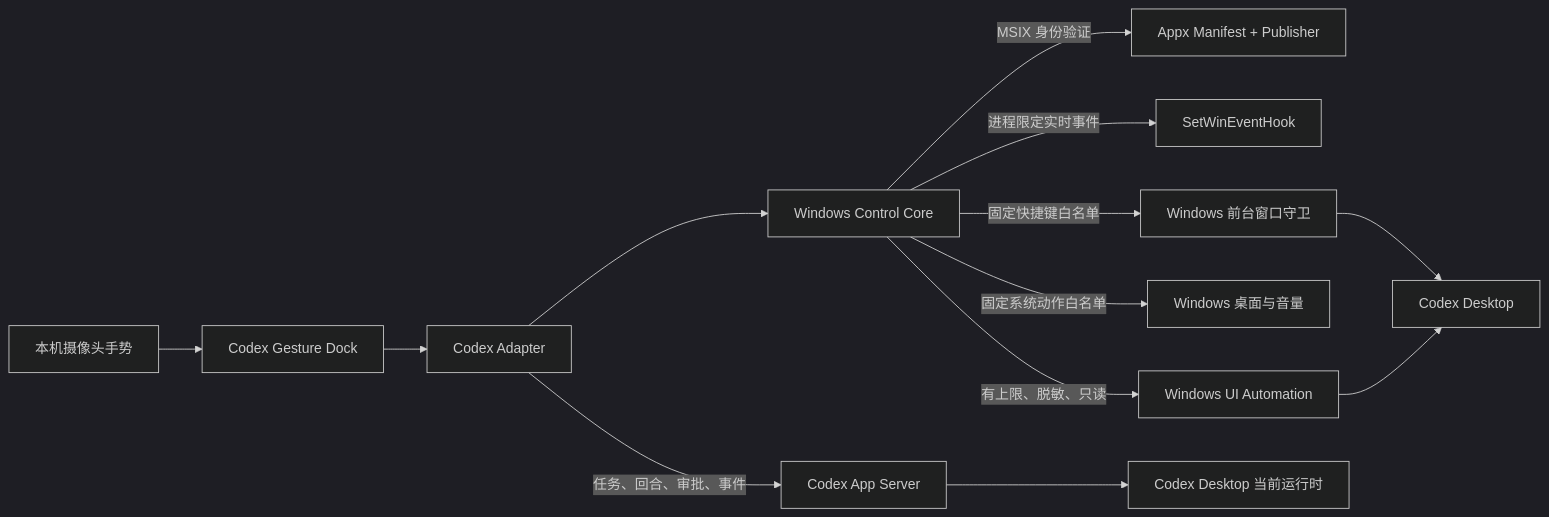
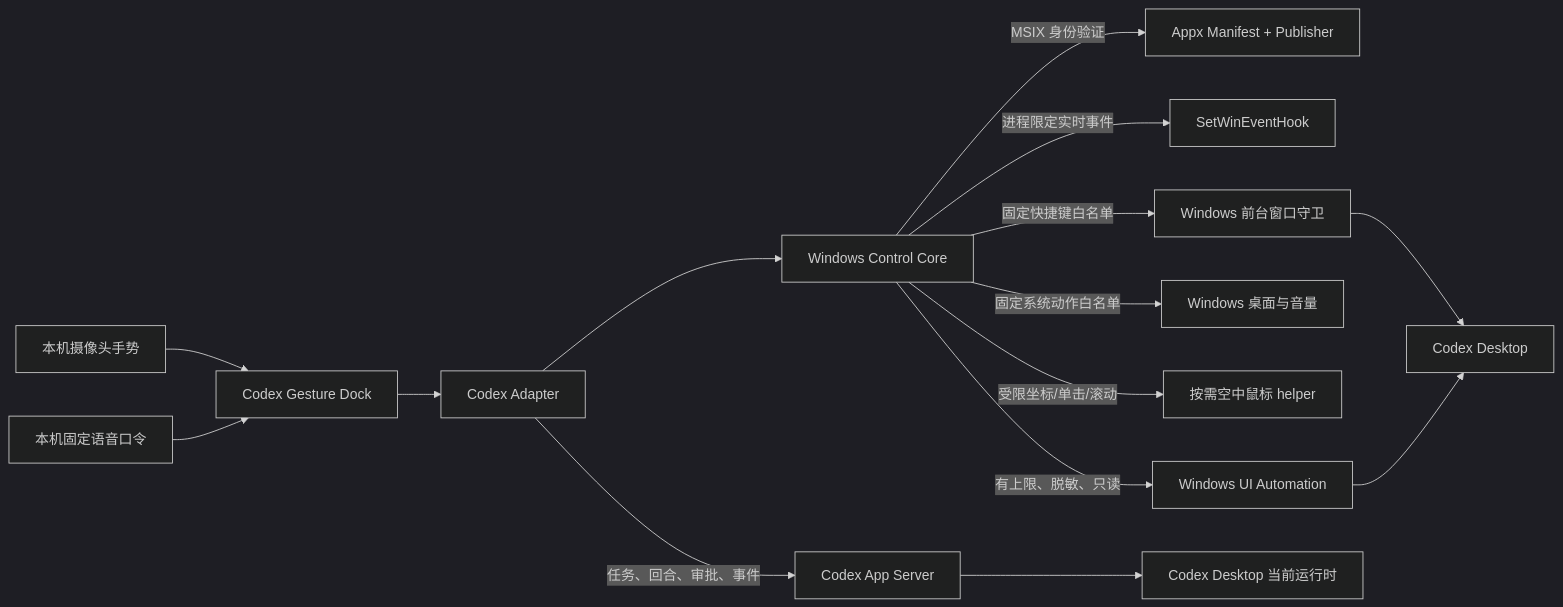
Before and after one commit to silverlion2/codex-gesture-dock: the diagram in docs/windows-desktop-control.md, drawn with Mermaid (dark theme). The commit also changed other lines of this file and 55 other files, not shown here.

````diff
--- a/docs/windows-desktop-control.md
+++ b/docs/windows-desktop-control.md
@@ -7,15 +7,17 @@
 ```mermaid
 flowchart LR
   Camera["本机摄像头手势"] --> Dock["Codex Gesture Dock"]
+  Speech["本机固定语音口令"] --> Dock
   Dock --> Adapter["Codex Adapter"]
   Adapter -->|"任务、回合、审批、事件"| Server["Codex App Server"]
   Adapter --> Core["Windows Control Core"]
   Core -->|"MSIX 身份验证"| Identity["Appx Manifest + Publisher"]
   Core -->|"进程限定实时事件"| Events["SetWinEventHook"]
   Core -->|"固定快捷键白名单"| Guard["Windows 前台窗口守卫"]
   Core -->|"固定系统动作白名单"| System["Windows 桌面与音量"]
+  Core -->|"受限坐标/单击/滚动"| Pointer["按需空中鼠标 helper"]
   Core -->|"有上限、脱敏、只读"| UIA["Windows UI Automation"]
   Guard --> Desktop["Codex Desktop"]
   UIA --> Desktop
   Server --> Runtime["Codex Desktop 当前运行时"]
 ```
````
